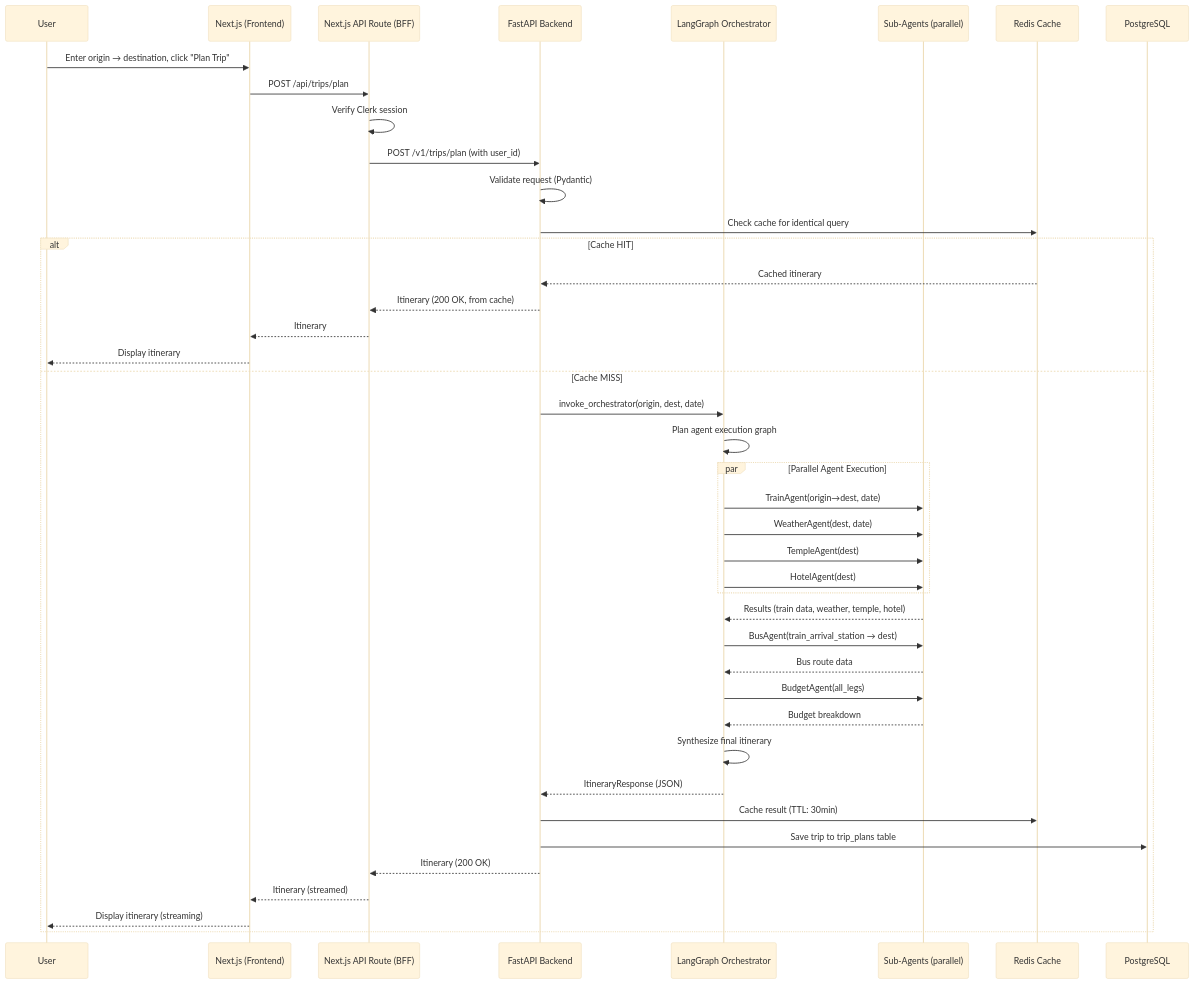
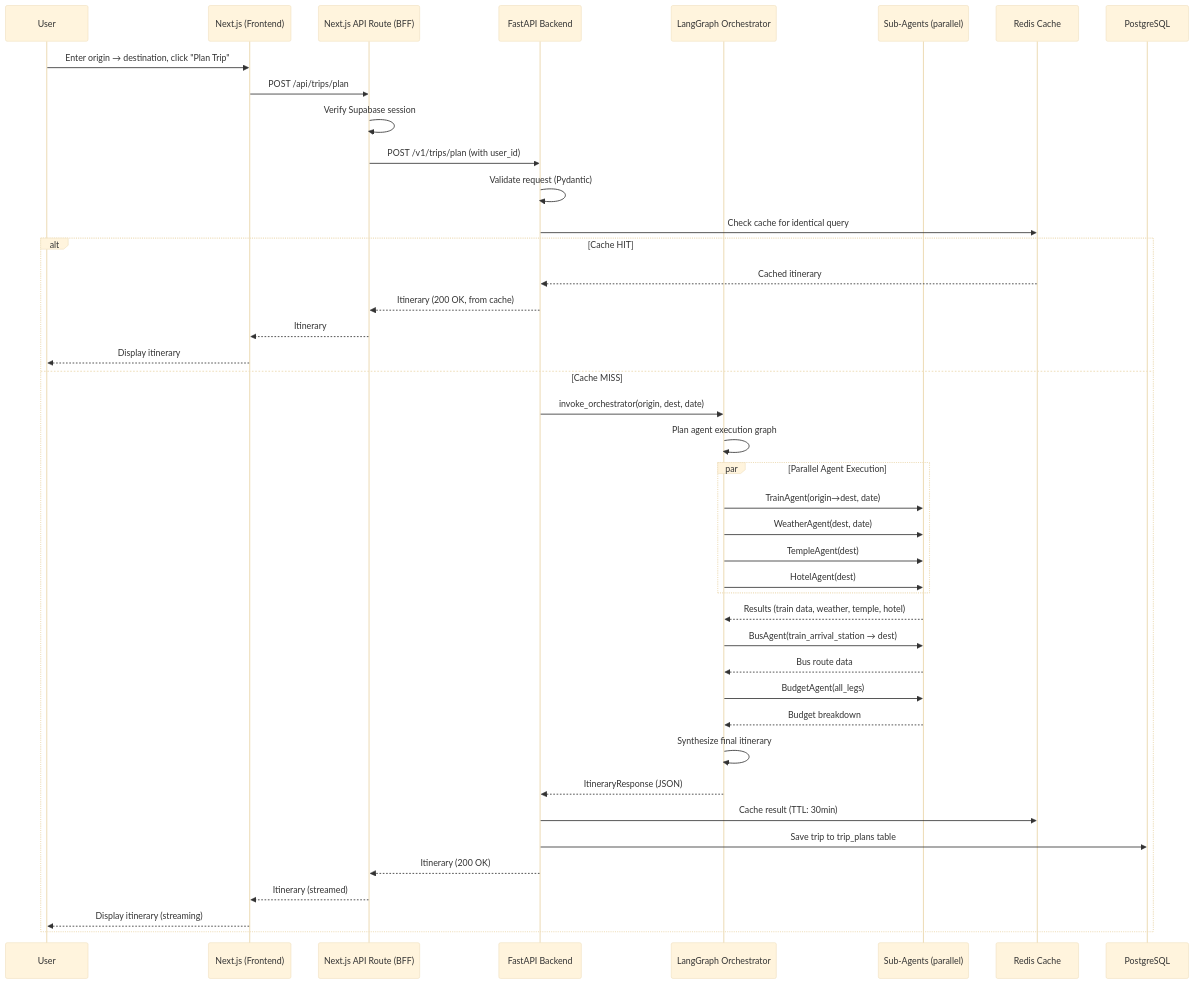
Before and after one commit to ayushrai1235/TravelMate: the second of 3 diagrams in docs/04-architecture/Architecture.md, drawn with Mermaid (base theme). The commit also changed other lines of this file and 77 other files, not shown here.

Commit message:
feat: initialize core backend architecture and documentation for TravelMate API service

````diff
--- a/docs/04-architecture/Architecture.md
+++ b/docs/04-architecture/Architecture.md
@@ -203,49 +203,49 @@
 ```mermaid
 sequenceDiagram
     participant User
     participant NextJS as Next.js (Frontend)
     participant BFFAPI as Next.js API Route (BFF)
     participant FastAPI as FastAPI Backend
     participant LangGraph as LangGraph Orchestrator
     participant Agents as Sub-Agents (parallel)
     participant Redis as Redis Cache
     participant DB as PostgreSQL
 
     User->>NextJS: Enter origin → destination, click "Plan Trip"
     NextJS->>BFFAPI: POST /api/trips/plan
-    BFFAPI->>BFFAPI: Verify Clerk session
+    BFFAPI->>BFFAPI: Verify Supabase session
     BFFAPI->>FastAPI: POST /v1/trips/plan (with user_id)
     FastAPI->>FastAPI: Validate request (Pydantic)
     FastAPI->>Redis: Check cache for identical query
     
     alt Cache HIT
         Redis-->>FastAPI: Cached itinerary
         FastAPI-->>BFFAPI: Itinerary (200 OK, from cache)
         BFFAPI-->>NextJS: Itinerary
         NextJS-->>User: Display itinerary
     else Cache MISS
         FastAPI->>LangGraph: invoke_orchestrator(origin, dest, date)
         LangGraph->>LangGraph: Plan agent execution graph
         
         par Parallel Agent Execution
             LangGraph->>Agents: TrainAgent(origin→dest, date)
             LangGraph->>Agents: WeatherAgent(dest, date)
             LangGraph->>Agents: TempleAgent(dest)
             LangGraph->>Agents: HotelAgent(dest)
         end
         
         Agents-->>LangGraph: Results (train data, weather, temple, hotel)
         LangGraph->>Agents: BusAgent(train_arrival_station → dest)
         Agents-->>LangGraph: Bus route data
         LangGraph->>Agents: BudgetAgent(all_legs)
         Agents-->>LangGraph: Budget breakdown
         LangGraph->>LangGraph: Synthesize final itinerary
         LangGraph-->>FastAPI: ItineraryResponse (JSON)
         
         FastAPI->>Redis: Cache result (TTL: 30min)
         FastAPI->>DB: Save trip to trip_plans table
         FastAPI-->>BFFAPI: Itinerary (200 OK)
         BFFAPI-->>NextJS: Itinerary (streamed)
         NextJS-->>User: Display itinerary (streaming)
     end
 ```
````
